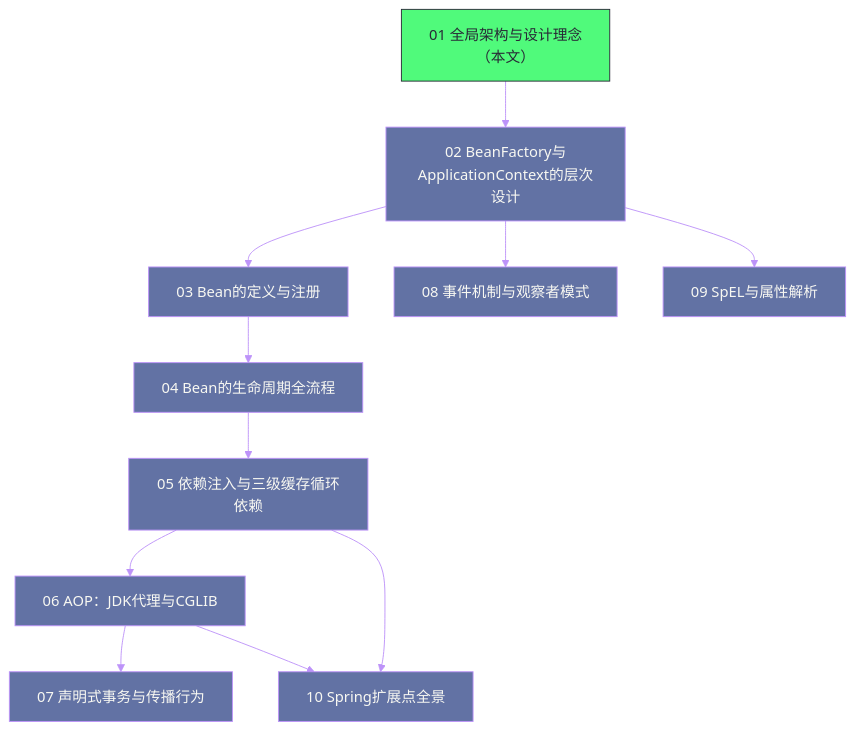
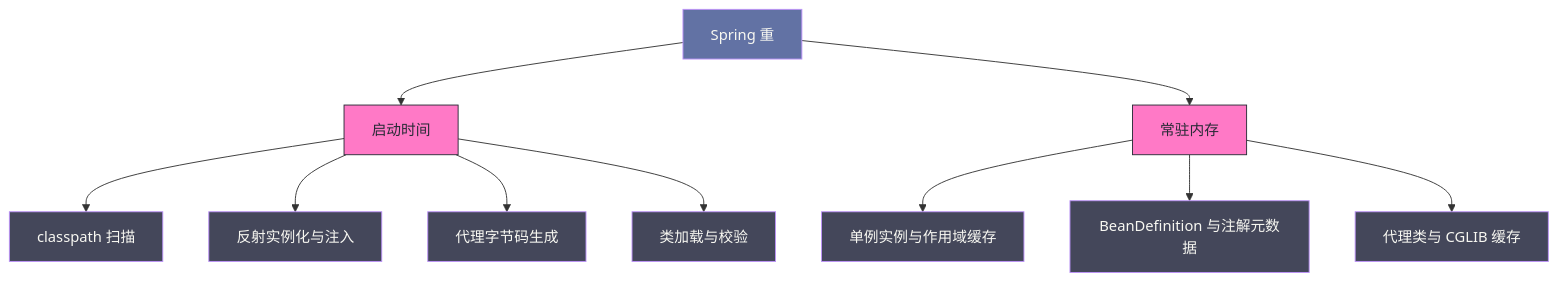
One commit to hpliStartAgain/my-brain changed the fourth of 4 diagrams in content/Java/SpringCore/01 Spring全局架构——模块划分与核心设计理念.md. Above: the diagram before and after it, drawn with Mermaid. The commit also changed other lines of this file and 455 other files, not shown here.

````diff
--- a/content/Java/SpringCore/01 Spring全局架构——模块划分与核心设计理念.md
+++ b/content/Java/SpringCore/01 Spring全局架构——模块划分与核心设计理念.md
@@ -498,29 +573,22 @@
 ```mermaid
-%%{init: {'theme': 'base', 'themeVariables': {'primaryColor': '#6272a4', 'primaryTextColor': '#f8f8f2', 'primaryBorderColor': '#44475a', 'lineColor': '#bd93f9', 'secondaryColor': '#44475a', 'tertiaryColor': '#282a36', 'background': '#282a36', 'mainBkg': '#44475a', 'nodeBorder': '#6272a4', 'clusterBkg': '#282a36', 'titleColor': '#f8f8f2', 'edgeLabelBackground': '#44475a', 'fontFamily': 'monospace'}}}%%
-graph TD
-    classDef done fill:#50fa7b,stroke:#282a36,color:#282a36
-    classDef active fill:#ffb86c,stroke:#282a36,color:#282a36
-    classDef pending fill:#6272a4,stroke:#bd93f9,color:#f8f8f2
+%%{init: {'theme': 'dracula'}}%%
+flowchart TB
+    classDef root fill:#6272a4,stroke:#bd93f9,color:#f8f8f2
+    classDef branch fill:#ff79c6,stroke:#282a36,color:#282a36
+    classDef item fill:#44475a,stroke:#bd93f9,color:#f8f8f2
 
-    A["01 全局架构与设计理念</br>（本文）"]:::done
-    B["02 BeanFactory与ApplicationContext的层次设计"]:::pending
-    C["03 Bean的定义与注册"]:::pending
-    D["04 Bean的生命周期全流程"]:::pending
-    E["05 依赖注入与三级缓存循环依赖"]:::pending
-    F["06 AOP：JDK代理与CGLIB"]:::pending
-    G["07 声明式事务与传播行为"]:::pending
-    H["08 事件机制与观察者模式"]:::pending
-    I["09 SpEL与属性解析"]:::pending
-    J["10 Spring扩展点全景"]:::pending
-    
-    A --> B
-    B --> C
-    C --> D
-    D --> E
-    E --> F
-    F --> G
-    B --> H
-    B --> I
-    E --> J
-    F --> J
+    ROOT["Spring 重"]
+    ROOT --> T["启动时间"]
+    ROOT --> M["常驻内存"]
+    T --> T1["classpath 扫描"]
+    T --> T2["反射实例化与注入"]
+    T --> T3["代理字节码生成"]
+    T --> T4["类加载与校验"]
+    M --> M1["单例实例与作用域缓存"]
+    M --> M2["BeanDefinition 与注解元数据"]
+    M --> M3["代理类与 CGLIB 缓存"]
+
+    class ROOT root
+    class T,M branch
+    class T1,T2,T3,T4,M1,M2,M3 item
 ```
````
